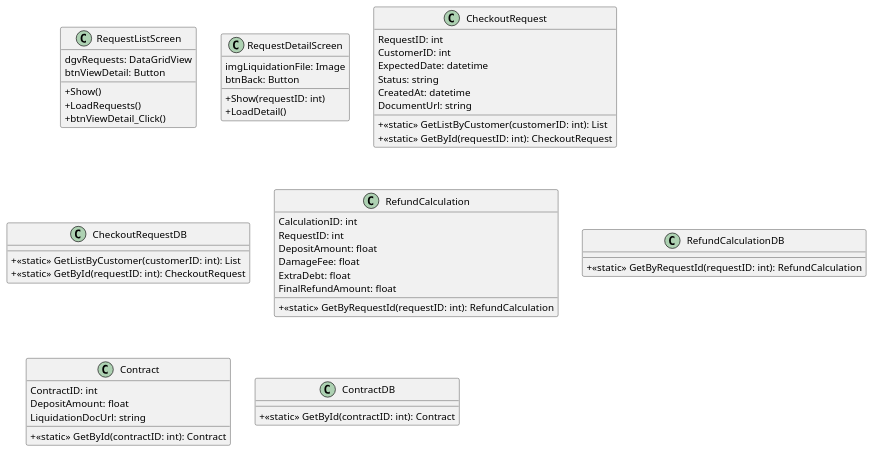
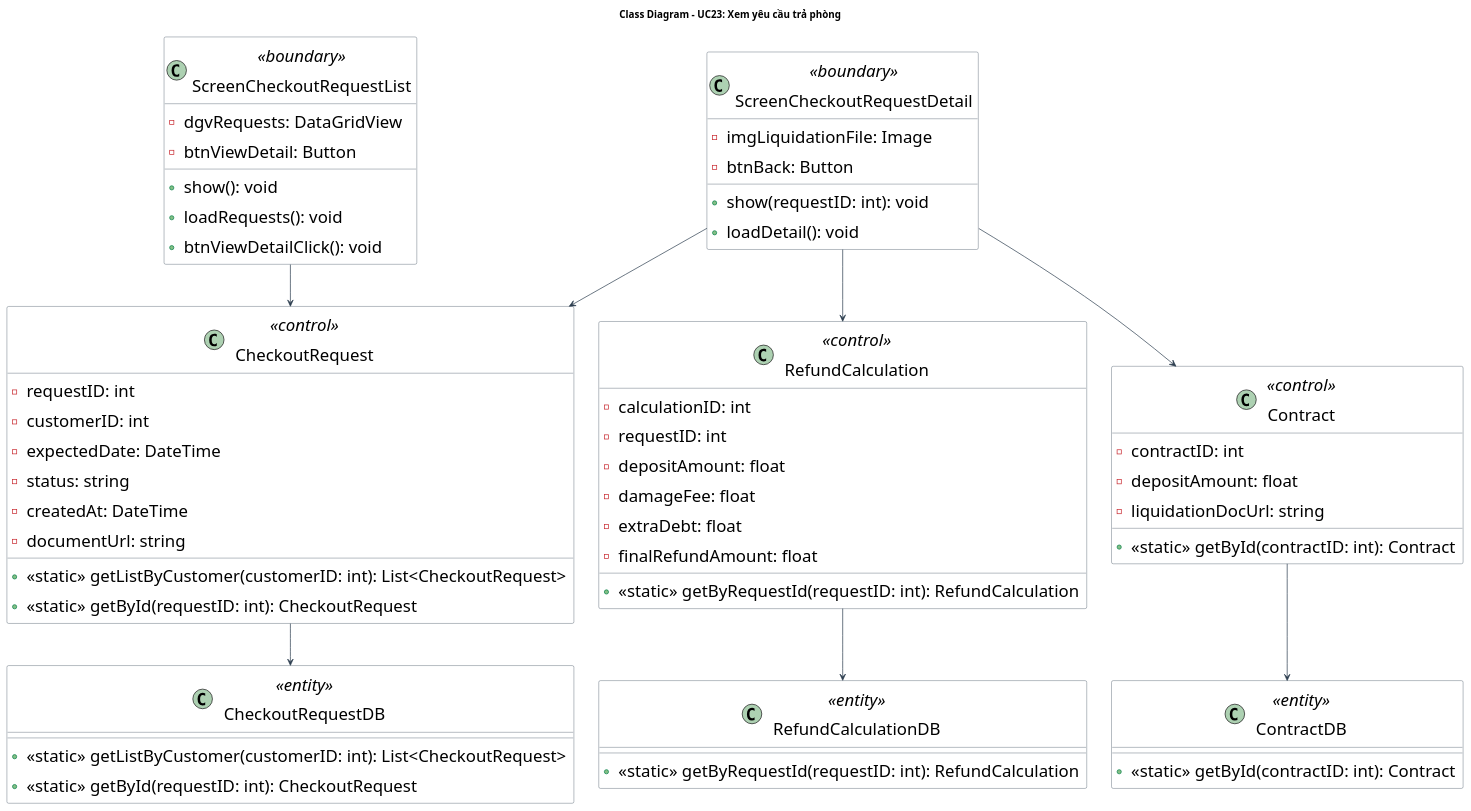
One commit to Gnourt812005/HCMUS-Analyze-and-desgin-IS changed the diagram in doc/system/quan_ly_yeu_cau_tra_phong/xem_yeu_cau_tra_phong_class.wsd. Above: the diagram before and after it, drawn with PlantUML. The commit also changed 48 other files, not shown here.

Commit message:
sys-uc: align format diagram

```diff
--- a/doc/system/quan_ly_yeu_cau_tra_phong/xem_yeu_cau_tra_phong_class.wsd
+++ b/doc/system/quan_ly_yeu_cau_tra_phong/xem_yeu_cau_tra_phong_class.wsd
@@ -1,60 +1,77 @@
-@startuml
-skinparam classAttributeIconSize 0
+@startuml ViewCheckoutRequests_ClassDiagram
+title Class Diagram - UC23: Xem yêu cầu trả phòng
 
-class RequestListScreen {
-  dgvRequests: DataGridView
-  btnViewDetail: Button
-  + Show()
-  + LoadRequests()
-  + btnViewDetail_Click()
+skinparam {
+    ClassBackgroundColor White
+    ClassBorderColor #2D3E50
+    ArrowColor #2D3E50
+    DefaultFontName "Arial"
+    DefaultFontSize 24
+    Padding 5
 }
 
-class RequestDetailScreen {
-  imgLiquidationFile: Image
-  btnBack: Button
-  + Show(requestID: int)
-  + LoadDetail()
+class "ScreenCheckoutRequestList" as RequestListScreen <<boundary>> {
+  - dgvRequests: DataGridView
+  - btnViewDetail: Button
+  + show(): void
+  + loadRequests(): void
+  + btnViewDetailClick(): void
 }
 
-class CheckoutRequest {
-  RequestID: int
-  CustomerID: int
-  ExpectedDate: datetime
-  Status: string
-  CreatedAt: datetime
-  DocumentUrl: string
-  + <<static>> GetListByCustomer(customerID: int): List
-  + <<static>> GetById(requestID: int): CheckoutRequest
+class "ScreenCheckoutRequestDetail" as RequestDetailScreen <<boundary>> {
+  - imgLiquidationFile: Image
+  - btnBack: Button
+  + show(requestID: int): void
+  + loadDetail(): void
 }
 
-class CheckoutRequestDB {
-  + <<static>> GetListByCustomer(customerID: int): List
-  + <<static>> GetById(requestID: int): CheckoutRequest
+class "CheckoutRequest" as CheckoutRequest <<control>> {
+  - requestID: int
+  - customerID: int
+  - expectedDate: DateTime
+  - status: string
+  - createdAt: DateTime
+  - documentUrl: string
+  + <<static>> getListByCustomer(customerID: int): List<CheckoutRequest>
+  + <<static>> getById(requestID: int): CheckoutRequest
 }
 
-class RefundCalculation {
-  CalculationID: int
-  RequestID: int
-  DepositAmount: float
-  DamageFee: float
-  ExtraDebt: float
-  FinalRefundAmount: float
-  + <<static>> GetByRequestId(requestID: int): RefundCalculation
+class "CheckoutRequestDB" as CheckoutRequestDB <<entity>> {
+  + <<static>> getListByCustomer(customerID: int): List<CheckoutRequest>
+  + <<static>> getById(requestID: int): CheckoutRequest
 }
 
-class RefundCalculationDB {
-  + <<static>> GetByRequestId(requestID: int): RefundCalculation
+class "RefundCalculation" as RefundCalculation <<control>> {
+  - calculationID: int
+  - requestID: int
+  - depositAmount: float
+  - damageFee: float
+  - extraDebt: float
+  - finalRefundAmount: float
+  + <<static>> getByRequestId(requestID: int): RefundCalculation
 }
 
-class Contract {
-  ContractID: int
-  DepositAmount: float
-  LiquidationDocUrl: string
-  + <<static>> GetById(contractID: int): Contract
+class "RefundCalculationDB" as RefundCalculationDB <<entity>> {
+  + <<static>> getByRequestId(requestID: int): RefundCalculation
 }
 
-class ContractDB {
-  + <<static>> GetById(contractID: int): Contract
+class "Contract" as Contract <<control>> {
+  - contractID: int
+  - depositAmount: float
+  - liquidationDocUrl: string
+  + <<static>> getById(contractID: int): Contract
 }
 
+class "ContractDB" as ContractDB <<entity>> {
+  + <<static>> getById(contractID: int): Contract
+}
+
+RequestListScreen --> CheckoutRequest
+RequestDetailScreen --> CheckoutRequest
+RequestDetailScreen --> RefundCalculation
+RequestDetailScreen --> Contract
+CheckoutRequest --> CheckoutRequestDB
+RefundCalculation --> RefundCalculationDB
+Contract --> ContractDB
+
 @enduml
```
